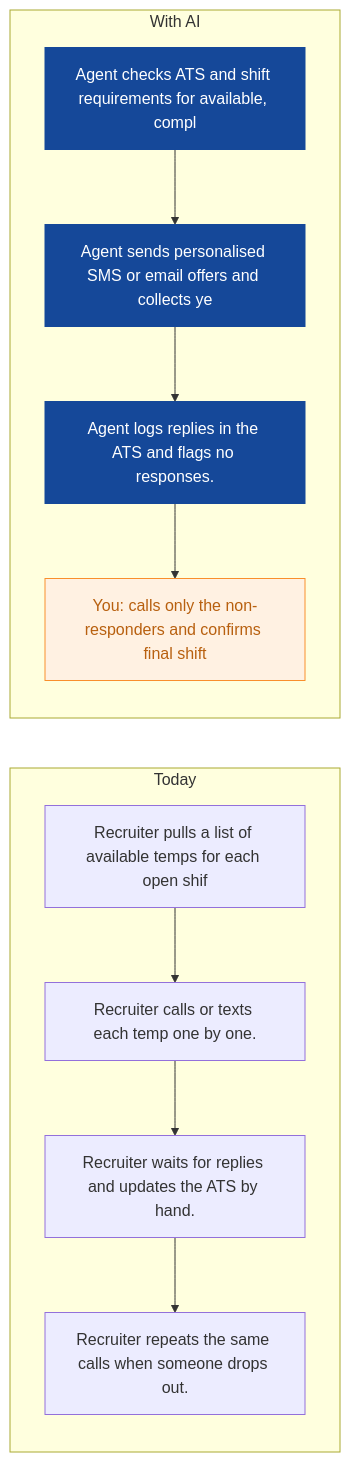
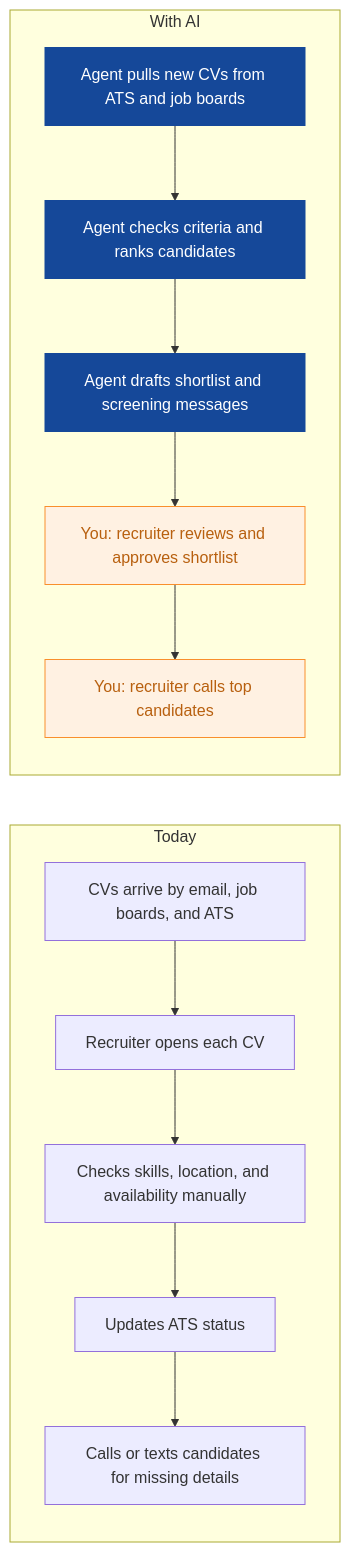
One commit to nexibeo/Complete-AI-Strategy changed the first of 9 diagrams in strategies/cobalt-crew-recruitment.md. Above: the diagram before and after it, drawn with Mermaid. The commit also changed other lines of this file and 26 other files, not shown here.

````diff
--- a/strategies/cobalt-crew-recruitment.md
+++ b/strategies/cobalt-crew-recruitment.md
@@ -48,21 +53,23 @@
 ```mermaid
 flowchart LR
   subgraph Today
-    B0["Recruiter pulls a list of available temps for each open shif"]
-    B1["Recruiter calls or texts each temp one by one."]
-    B2["Recruiter waits for replies and updates the ATS by hand."]
-    B3["Recruiter repeats the same calls when someone drops out."]
-    B0 --> B1 --> B2 --> B3
+    B0["CVs arrive by email, job boards, and ATS"]
+    B1["Recruiter opens each CV"]
+    B2["Checks skills, location, and availability manually"]
+    B3["Updates ATS status"]
+    B4["Calls or texts candidates for missing details"]
+    B0 --> B1 --> B2 --> B3 --> B4
   end
   subgraph WithAI[With AI]
-    A0["Agent checks ATS and shift requirements for available, compl"]
-    A1["Agent sends personalised SMS or email offers and collects ye"]
-    A2["Agent logs replies in the ATS and flags no responses."]
-    A3["You: calls only the non-responders and confirms final shift "]
-    A0 --> A1 --> A2 --> A3
+    A0["Agent pulls new CVs from ATS and job boards"]
+    A1["Agent checks criteria and ranks candidates"]
+    A2["Agent drafts shortlist and screening messages"]
+    A3["You: recruiter reviews and approves shortlist"]
+    A4["You: recruiter calls top candidates"]
+    A0 --> A1 --> A2 --> A3 --> A4
   end
   classDef ai fill:#154899,color:#fff,stroke:#154899
   classDef human fill:#FFF1E2,color:#B8600F,stroke:#F98F2C
   class A0,A1,A2 ai
-  class A3 human
+  class A3,A4 human
 ```
````
